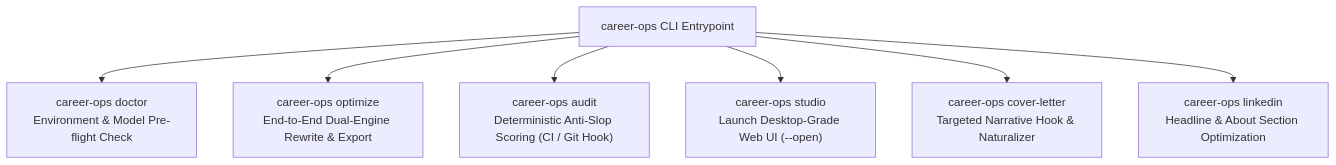
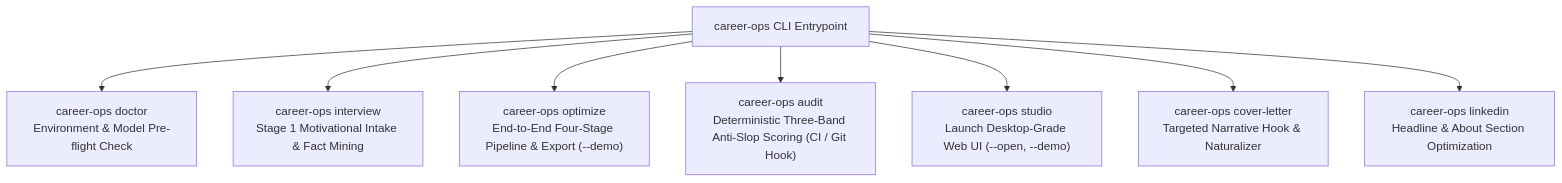
The fourth of 9 diagrams in docs/superpowers/specs/2026-10-10-dual-engine-resume-product-design.md (poferraz/career-ops), drawn with Mermaid before and after one commit. The commit also changed other lines of this file and 12 other files, not shown here.

Commit message:
docs: integrate audit adjudication findings, four-stage pipeline, and doc hygiene

````diff
--- a/docs/superpowers/specs/2026-10-10-dual-engine-resume-product-design.md
+++ b/docs/superpowers/specs/2026-10-10-dual-engine-resume-product-design.md
@@ -169,11 +251,12 @@
 ```mermaid
 flowchart TD
     CLI["career-ops CLI Entrypoint"]
     
     CLI --> CMD_DOCTOR["career-ops doctor<br/>Environment & Model Pre-flight Check"]
-    CLI --> CMD_OPTIMIZE["career-ops optimize<br/>End-to-End Dual-Engine Rewrite & Export"]
-    CLI --> CMD_AUDIT["career-ops audit<br/>Deterministic Anti-Slop Scoring (CI / Git Hook)"]
-    CLI --> CMD_STUDIO["career-ops studio<br/>Launch Desktop-Grade Web UI (--open)"]
+    CLI --> CMD_INTERVIEW["career-ops interview<br/>Stage 1 Motivational Intake & Fact Mining"]
+    CLI --> CMD_OPTIMIZE["career-ops optimize<br/>End-to-End Four-Stage Pipeline & Export (--demo)"]
+    CLI --> CMD_AUDIT["career-ops audit<br/>Deterministic Three-Band Anti-Slop Scoring (CI / Git Hook)"]
+    CLI --> CMD_STUDIO["career-ops studio<br/>Launch Desktop-Grade Web UI (--open, --demo)"]
     CLI --> CMD_COVER["career-ops cover-letter<br/>Targeted Narrative Hook & Naturalizer"]
     CLI --> CMD_LINKEDIN["career-ops linkedin<br/>Headline & About Section Optimization"]
 ```
````
